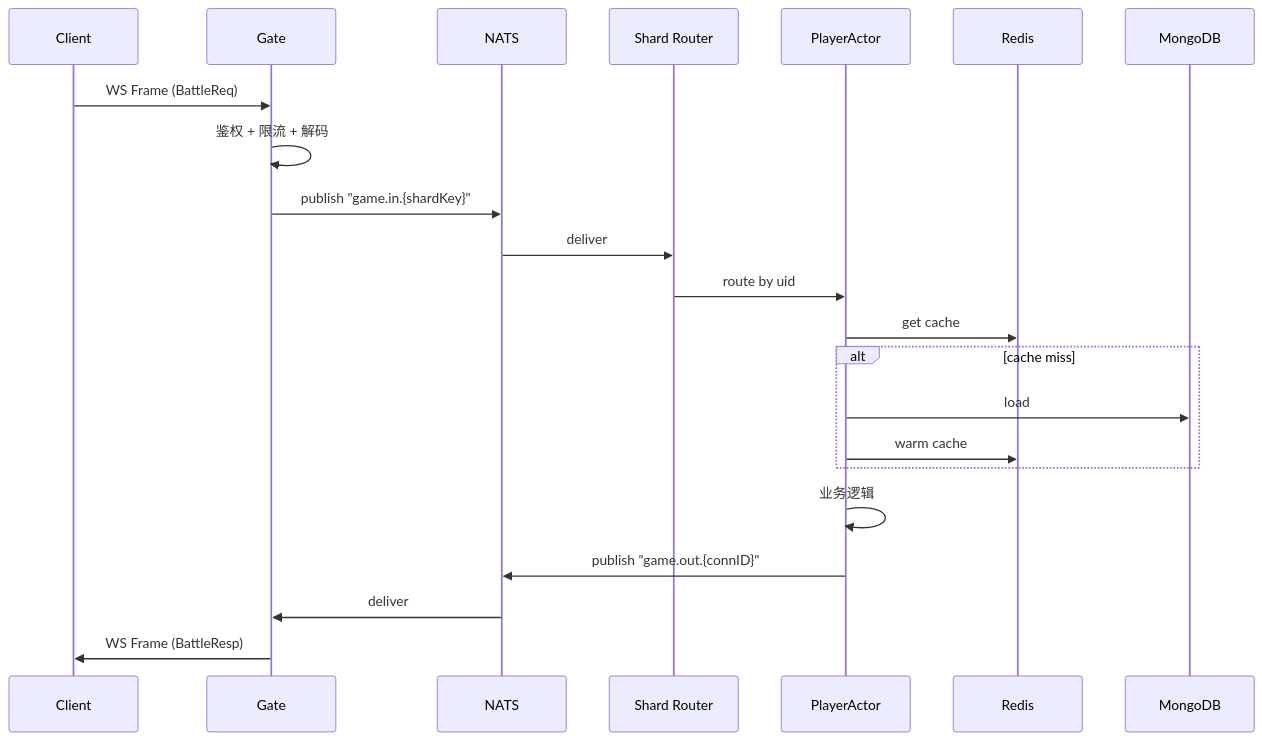
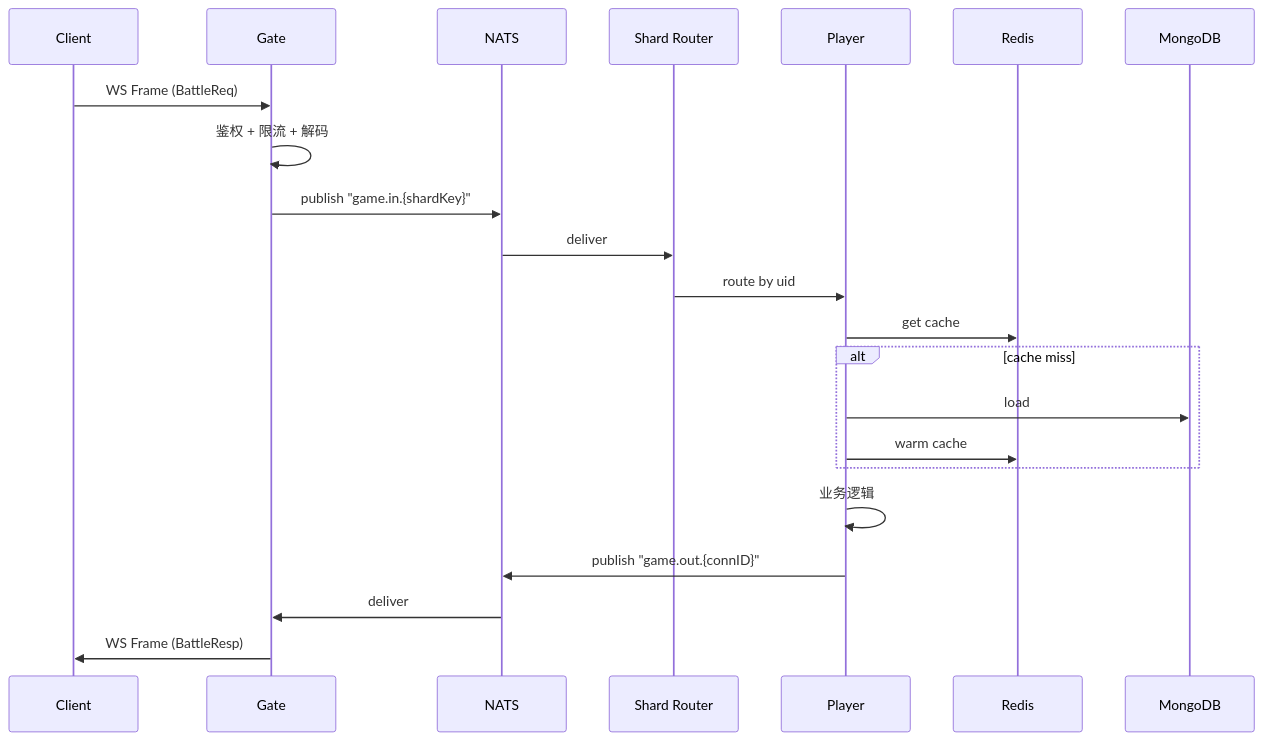
Before and after one commit to gogu-x/gogs: the third of 5 diagrams in docs/ARCHITECTURE_REVIEW.md, drawn with Mermaid. The commit also changed other lines of this file and 46 other files, not shown here.

````diff
--- a/docs/ARCHITECTURE_REVIEW.md
+++ b/docs/ARCHITECTURE_REVIEW.md
@@ -270,25 +270,25 @@
 ```mermaid
 sequenceDiagram
     participant C as Client
     participant GW as Gate
     participant BUS as NATS
     participant SH as Shard Router
-    participant PA as PlayerActor
+    participant PA as Player
     participant RD as Redis
     participant DB as MongoDB
 
     C->>GW: WS Frame (BattleReq)
     GW->>GW: 鉴权 + 限流 + 解码
     GW->>BUS: publish "game.in.{shardKey}"
     BUS->>SH: deliver
     SH->>PA: route by uid
     PA->>RD: get cache
     alt cache miss
         PA->>DB: load
         PA->>RD: warm cache
     end
     PA->>PA: 业务逻辑
     PA->>BUS: publish "game.out.{connID}"
     BUS->>GW: deliver
     GW->>C: WS Frame (BattleResp)
 ```
````
